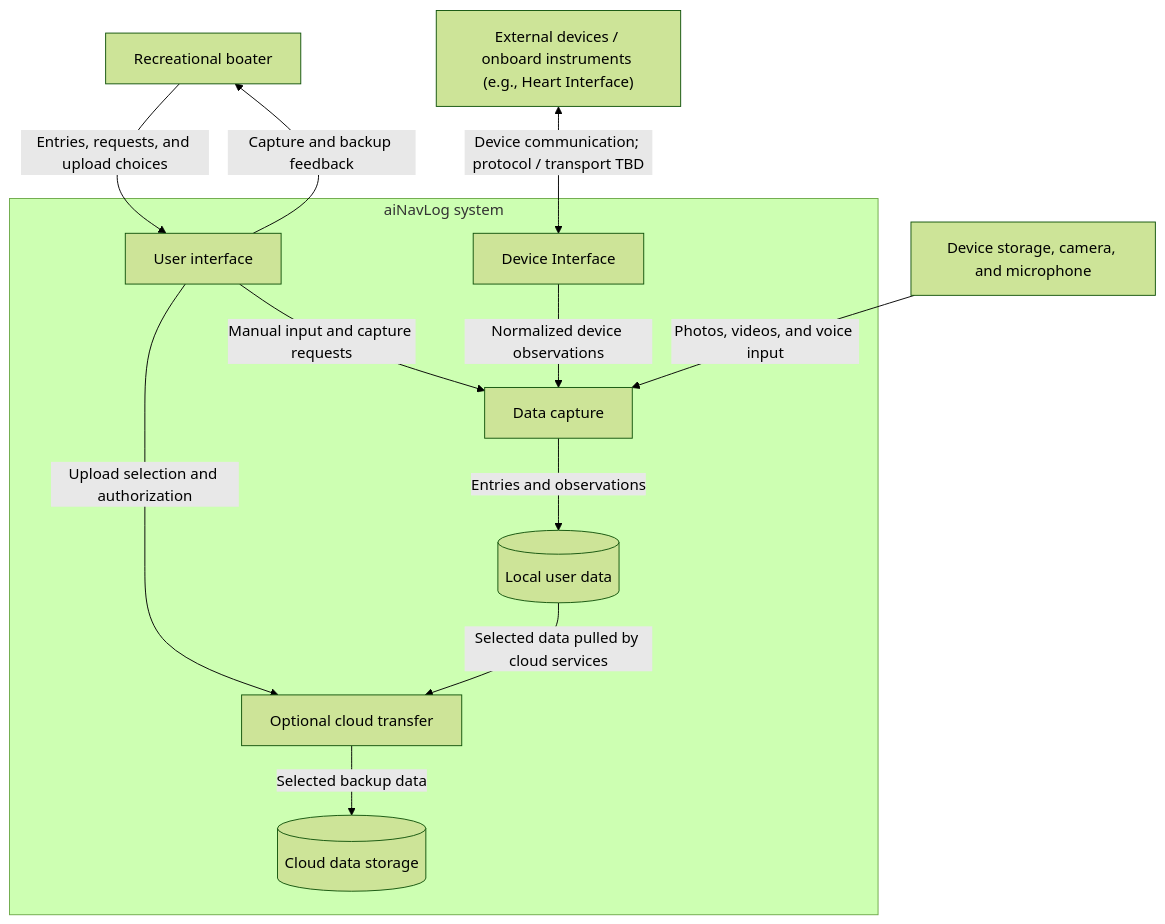
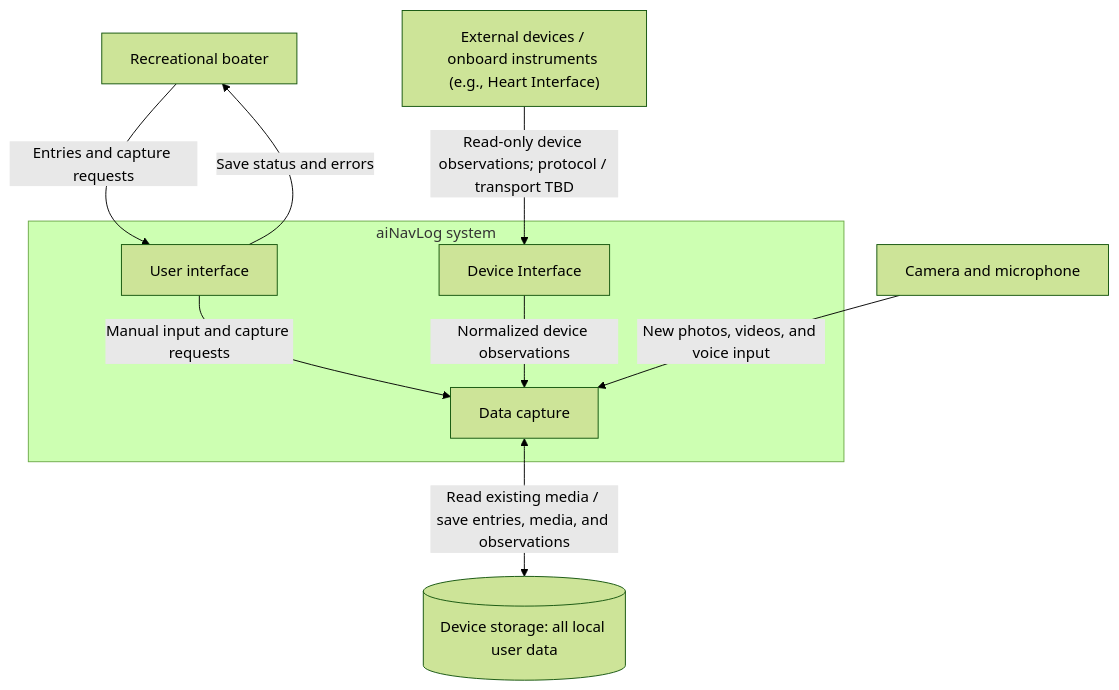
The second of 2 diagrams in architecture.md (amanlig/kodekomplete), drawn with Mermaid (forest theme) before and after one commit. The commit also changed other lines of this file and 7 other files, not shown here.

````diff
--- a/architecture.md
+++ b/architecture.md
@@ -139,24 +135,19 @@
 ```mermaid
 flowchart TB
     Boater["Recreational boater"]
-    Device["Device storage, camera, and microphone"]
+    Device["Camera and microphone"]
+    Storage[("Device storage: all local user data")]
     Instruments["External devices / onboard instruments (e.g., Heart Interface)"]
     subgraph System["aiNavLog system"]
         UI["User interface"]
         Capture["Data capture"]
         DeviceInterface["Device Interface"]
-        Local[("Local user data")]
-        Transfer["Optional cloud transfer"]
-        Cloud[("Cloud data storage")]
         UI -->|"Manual input and capture requests"| Capture
         DeviceInterface -->|"Normalized device observations"| Capture
-        Capture -->|"Entries and observations"| Local
-        UI -->|"Upload selection and authorization"| Transfer
-        Local -->|"Selected data pulled by cloud services"| Transfer
-        Transfer -->|"Selected backup data"| Cloud
     end
-    Boater -->|"Entries, requests, and upload choices"| UI
-    UI -->|"Capture and backup feedback"| Boater
-    Device -->|"Photos, videos, and voice input"| Capture
-    Instruments <-->|"Device communication; protocol / transport TBD"| DeviceInterface
+    Boater -->|"Entries and capture requests"| UI
+    UI -->|"Save status and errors"| Boater
+    Device -->|"New photos, videos, and voice input"| Capture
+    Capture <-->|"Read existing media / save entries, media, and observations"| Storage
+    Instruments -->|"Read-only device observations; protocol / transport TBD"| DeviceInterface
 ```
````
